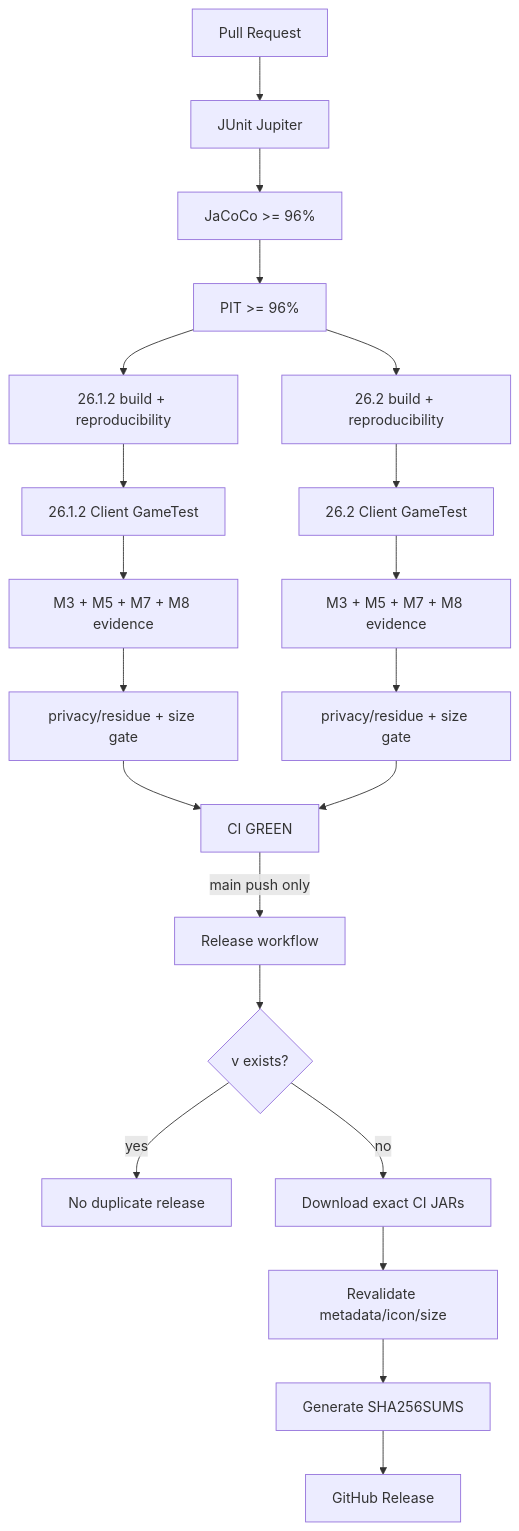
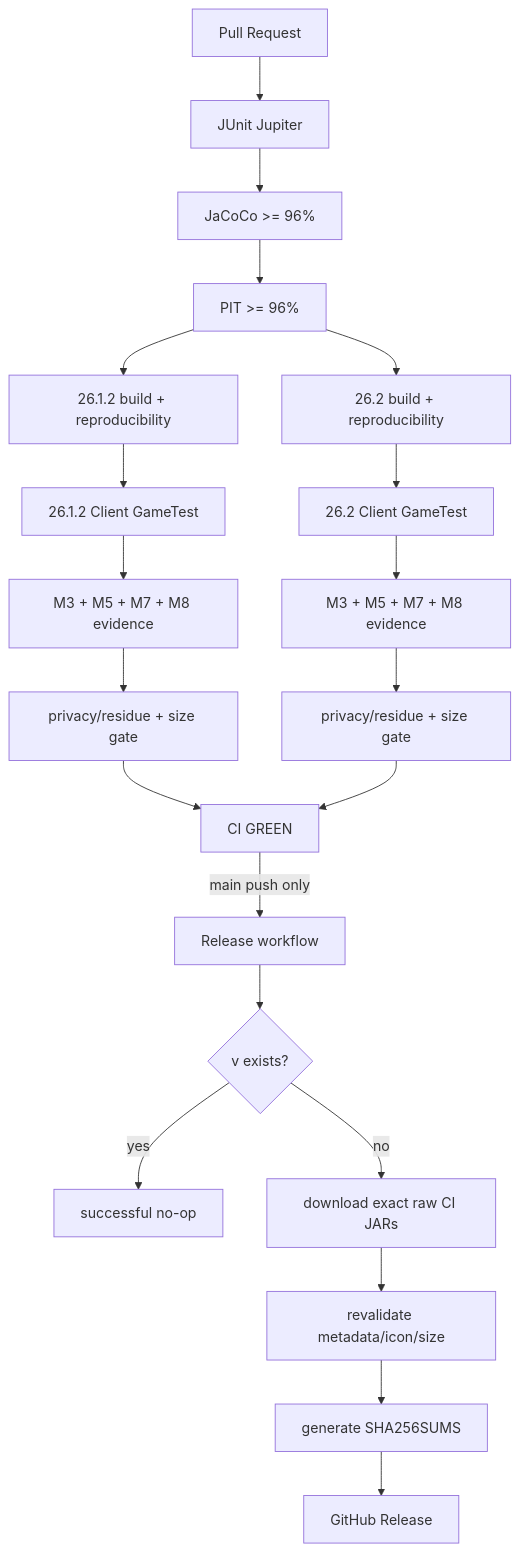
The third of 4 diagrams in README.md (bosatsu25/BlockLens), drawn with Mermaid before and after one commit. The commit also changed other lines of this file, not shown here.

Commit message:
docs: mark v0.1.0 release verified

````diff
--- a/README.md
+++ b/README.md
@@ -113,23 +135,23 @@
 ```mermaid
 flowchart TD
     PR[Pull Request] --> U[JUnit Jupiter]
     U --> J[JaCoCo >= 96%]
     J --> P[PIT >= 96%]
     P --> B1[26.1.2 build + reproducibility]
     P --> B2[26.2 build + reproducibility]
     B1 --> G1[26.1.2 Client GameTest]
     B2 --> G2[26.2 Client GameTest]
     G1 --> E1[M3 + M5 + M7 + M8 evidence]
     G2 --> E2[M3 + M5 + M7 + M8 evidence]
     E1 --> A1[privacy/residue + size gate]
     E2 --> A2[privacy/residue + size gate]
     A1 --> GREEN[CI GREEN]
     A2 --> GREEN
     GREEN -->|main push only| REL[Release workflow]
     REL --> VER{v<mod_version> exists?}
-    VER -- yes --> STOP[No duplicate release]
-    VER -- no --> DL[Download exact CI JARs]
-    DL --> RV[Revalidate metadata/icon/size]
-    RV --> SHA[Generate SHA256SUMS]
+    VER -- yes --> STOP[successful no-op]
+    VER -- no --> RAW[download exact raw CI JARs]
+    RAW --> RV[revalidate metadata/icon/size]
+    RV --> SHA[generate SHA256SUMS]
     SHA --> PUB[GitHub Release]
 ```
````
